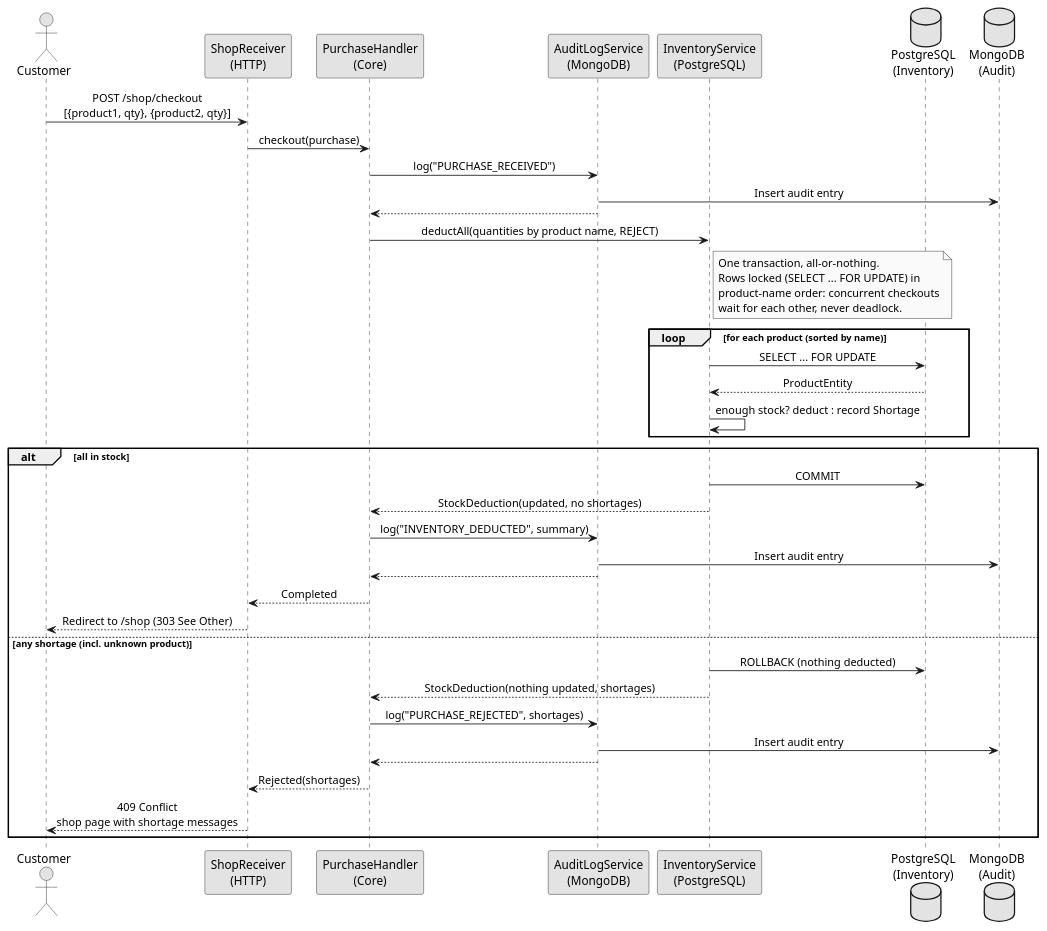
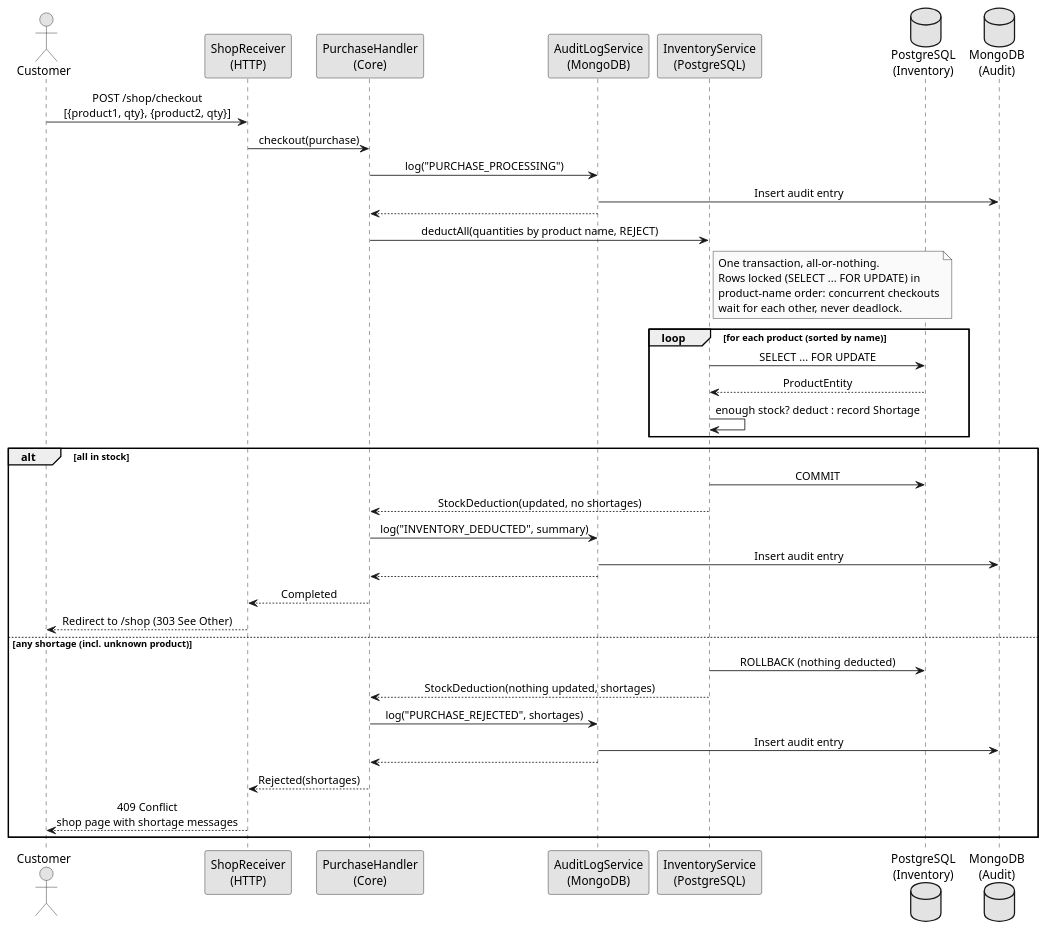
Before and after one commit to svene/2026-07-26_quarkus-hexagon-demo-mm-per-tech: the diagram in docs/architecture/flows/shop-checkout.puml, drawn with PlantUML. The commit also changed 11 other files, not shown here.

```diff
--- a/docs/architecture/flows/shop-checkout.puml
+++ b/docs/architecture/flows/shop-checkout.puml
@@ -1,50 +1,50 @@
 @startuml shop_checkout
 skinparam monochrome true
 skinparam sequenceMessageAlign center
 skinparam backgroundColor #ffffff
 
 actor "Customer" as user
 participant "ShopReceiver\n(HTTP)" as receiver
 participant "PurchaseHandler\n(Core)" as handler
 participant "AuditLogService\n(MongoDB)" as audit
 participant "InventoryService\n(PostgreSQL)" as inventory
 database "PostgreSQL\n(Inventory)" as db_inv
 database "MongoDB\n(Audit)" as db_audit
 
 user -> receiver: POST /shop/checkout\n[{product1, qty}, {product2, qty}]
 receiver -> handler: checkout(purchase)
-handler -> audit: log("PURCHASE_RECEIVED")
+handler -> audit: log("PURCHASE_PROCESSING")
 audit -> db_audit: Insert audit entry
 audit --> handler
 
 handler -> inventory: deductAll(quantities by product name, REJECT)
 note right of inventory
   One transaction, all-or-nothing.
   Rows locked (SELECT ... FOR UPDATE) in
   product-name order: concurrent checkouts
   wait for each other, never deadlock.
 end note
 loop for each product (sorted by name)
   inventory -> db_inv: SELECT ... FOR UPDATE
   db_inv --> inventory: ProductEntity
   inventory -> inventory: enough stock? deduct : record Shortage
 end
 alt all in stock
   inventory -> db_inv: COMMIT
   inventory --> handler: StockDeduction(updated, no shortages)
   handler -> audit: log("INVENTORY_DEDUCTED", summary)
   audit -> db_audit: Insert audit entry
   audit --> handler
   handler --> receiver: Completed
   receiver --> user: Redirect to /shop (303 See Other)
 else any shortage (incl. unknown product)
   inventory -> db_inv: ROLLBACK (nothing deducted)
   inventory --> handler: StockDeduction(nothing updated, shortages)
   handler -> audit: log("PURCHASE_REJECTED", shortages)
   audit -> db_audit: Insert audit entry
   audit --> handler
   handler --> receiver: Rejected(shortages)
   receiver --> user: 409 Conflict\nshop page with shortage messages
 end
 
 @enduml
```
